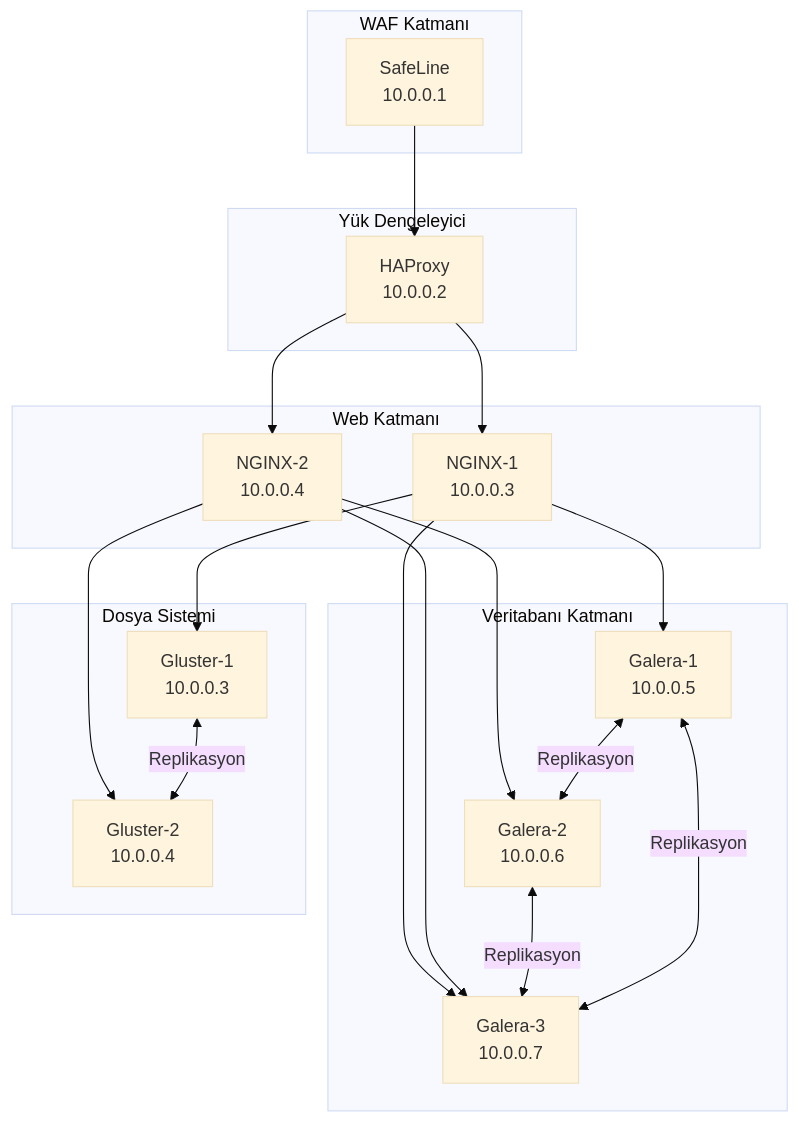
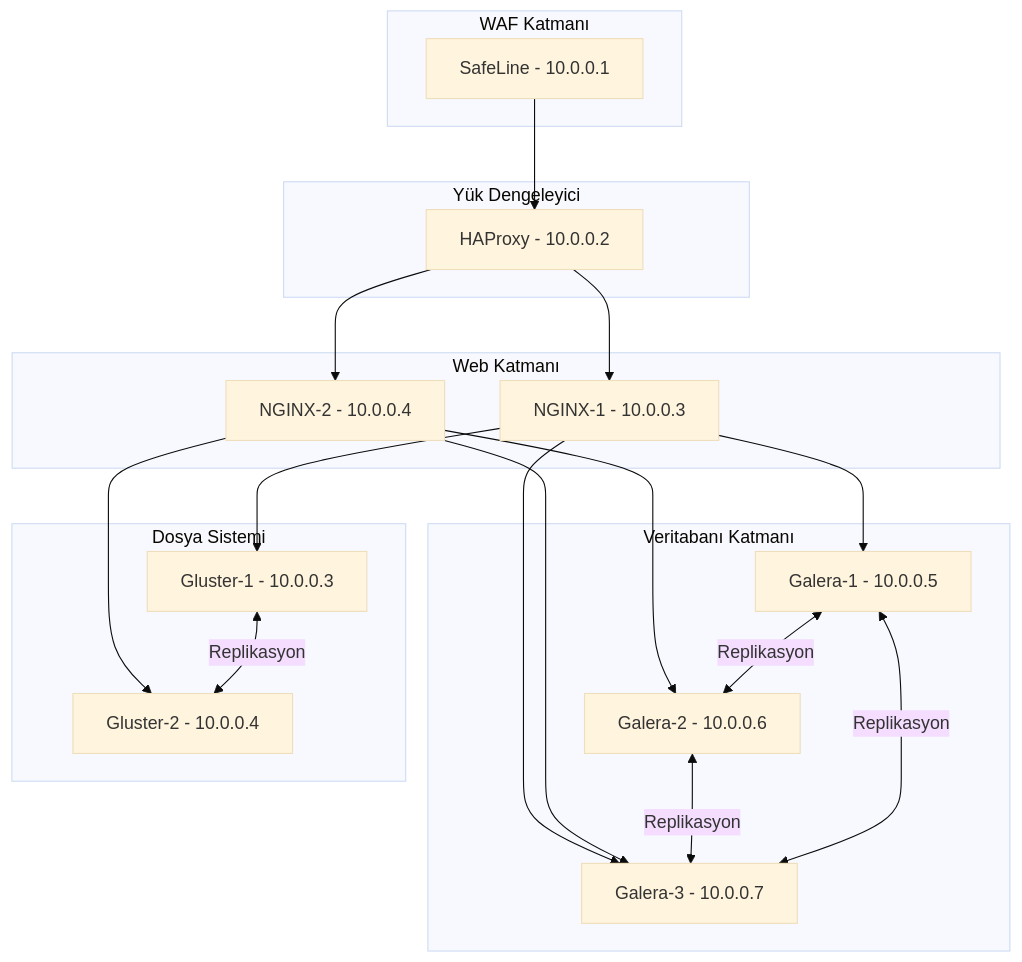
The diagram in README.md (ugurcomptech/HA-Web-Architecture), drawn with Mermaid (base theme) before and after one commit.

````diff
--- a/README.md
+++ b/README.md
@@ -20,53 +20,53 @@
 ```mermaid
 graph TD
 
 %% WAF Katmanı
 subgraph WAF["WAF Katmanı"]
-    WAF1["SafeLine\n10.0.0.1"]
+    WAF1["SafeLine - 10.0.0.1"]
 end
 
 %% HAProxy Katmanı
 subgraph LB["Yük Dengeleyici"]
-    HAProxy["HAProxy\n10.0.0.2"]
+    HAProxy["HAProxy - 10.0.0.2"]
 end
 
 %% Web Katmanı
 subgraph Web["Web Katmanı"]
-    NGINX1["NGINX-1\n10.0.0.3"]
-    NGINX2["NGINX-2\n10.0.0.4"]
+    NGINX1["NGINX-1 - 10.0.0.3"]
+    NGINX2["NGINX-2 - 10.0.0.4"]
 end
 
 %% Veritabanı Katmanı
 subgraph DB["Veritabanı Katmanı"]
-    Galera1["Galera-1\n10.0.0.5"]
-    Galera2["Galera-2\n10.0.0.6"]
-    Galera3["Galera-3\n10.0.0.7"]
+    Galera1["Galera-1 - 10.0.0.5"]
+    Galera2["Galera-2 - 10.0.0.6"]
+    Galera3["Galera-3 - 10.0.0.7"]
 end
 
 %% Dosya Sistemi Katmanı
 subgraph FS["Dosya Sistemi"]
-    Gluster1["Gluster-1\n10.0.0.3"]
-    Gluster2["Gluster-2\n10.0.0.4"]
+    Gluster1["Gluster-1 - 10.0.0.3"]
+    Gluster2["Gluster-2 - 10.0.0.4"]
 end
 
 %% Bağlantılar
 WAF1 --> HAProxy
 HAProxy --> NGINX1
 HAProxy --> NGINX2
 
 NGINX1 --> Galera1
 NGINX1 --> Galera3
 NGINX2 --> Galera2
 NGINX2 --> Galera3
 
 NGINX1 --> Gluster1
 NGINX2 --> Gluster2
 
 Galera1 <-->|Replikasyon| Galera2
 Galera2 <-->|Replikasyon| Galera3
 Galera3 <-->|Replikasyon| Galera1
 
 Gluster1 <-->|Replikasyon| Gluster2
 
 
 ```
````
